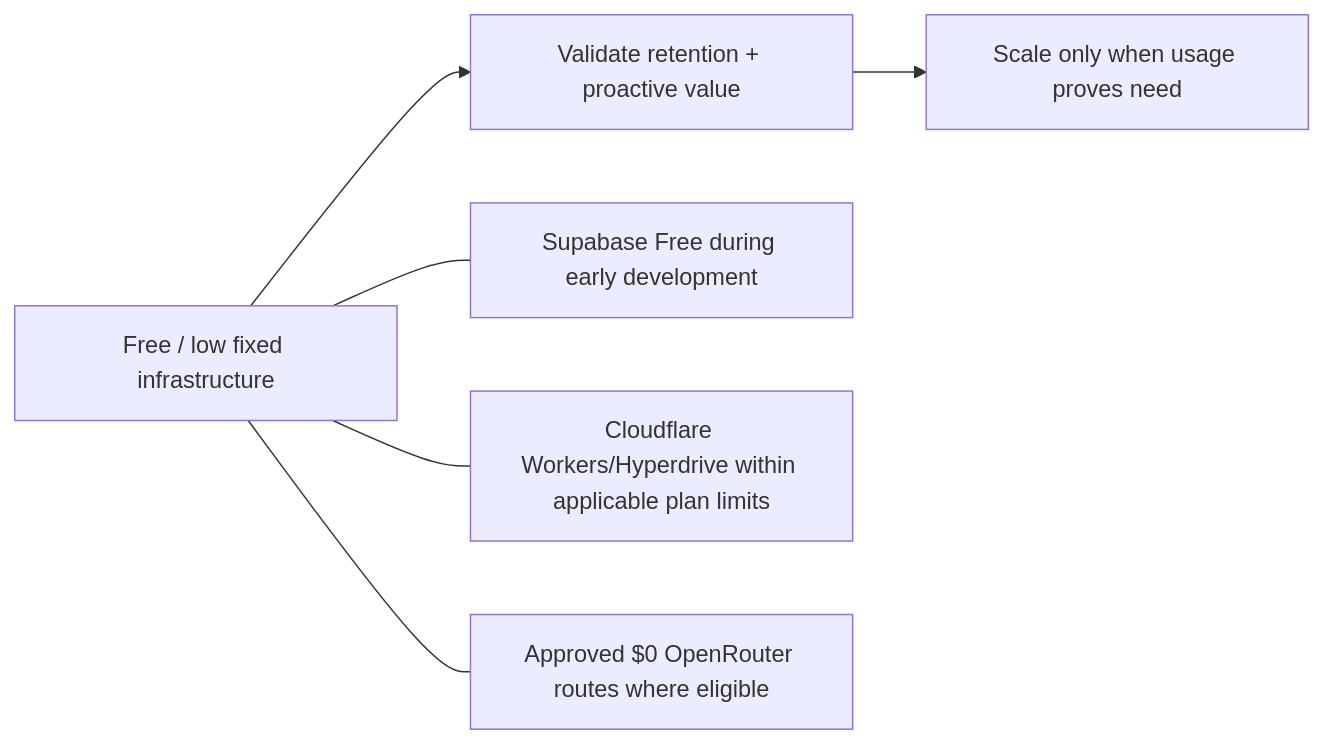
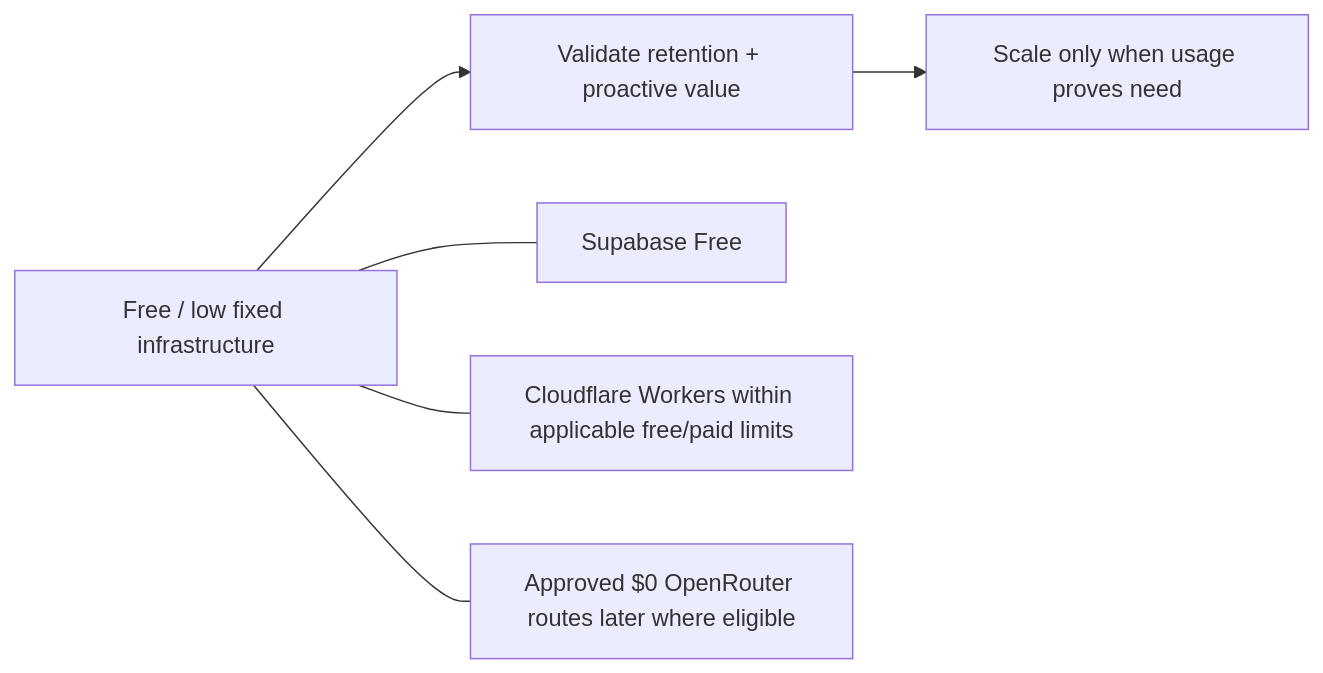
The third of 3 diagrams in docs/17-MVP-INFRASTRUCTURE-PROVISIONING.md (seq23/aplayer-mode), drawn with Mermaid before and after one commit. The commit also changed other lines of this file and 3 other files, not shown here.

Commit message:
docs: align auth persistence and Supabase Cloudflare architecture

````diff
--- a/docs/17-MVP-INFRASTRUCTURE-PROVISIONING.md
+++ b/docs/17-MVP-INFRASTRUCTURE-PROVISIONING.md
@@ -141,9 +144,9 @@
 ```mermaid
 flowchart LR
   FREE[Free / low fixed infrastructure] --> VALIDATE[Validate retention + proactive value]
   VALIDATE --> SCALE[Scale only when usage proves need]
 
-  FREE --- S1[Supabase Free during early development]
-  FREE --- S2[Cloudflare Workers/Hyperdrive within applicable plan limits]
-  FREE --- S3[Approved $0 OpenRouter routes where eligible]
+  FREE --- S1[Supabase Free]
+  FREE --- S2[Cloudflare Workers within applicable free/paid limits]
+  FREE --- S3[Approved $0 OpenRouter routes later where eligible]
 ```
````
